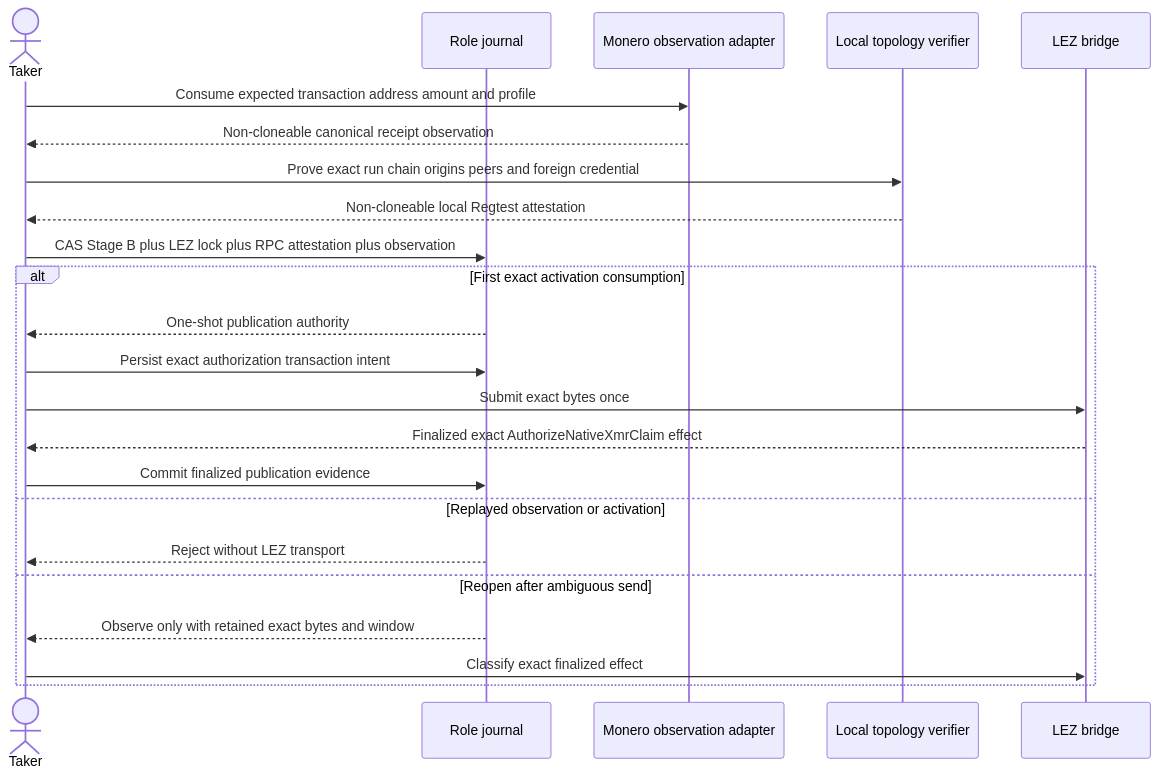
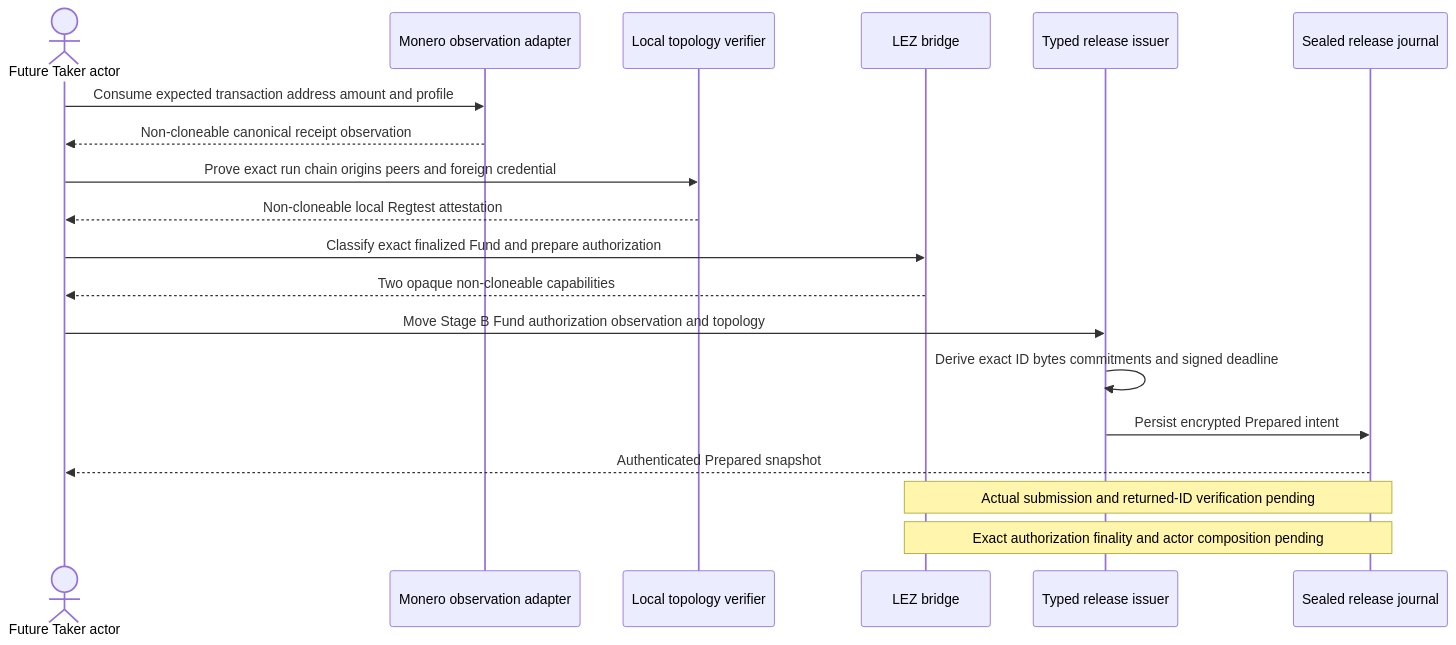
One commit to gateway-fm/lez-atomic-swaps changed the second of 2 diagrams in docs/architecture/0059-separate-monero-observation-from-release-authority.md. Above: the diagram before and after it, drawn with Mermaid. The commit also changed other lines of this file and 21 other files, not shown here.

Commit message:
feat(m4): bind XMR release to opaque evidence

````diff
--- a/docs/architecture/0059-separate-monero-observation-from-release-authority.md
+++ b/docs/architecture/0059-separate-monero-observation-from-release-authority.md
@@ -105,26 +108,22 @@
 ```mermaid
 sequenceDiagram
-    actor Taker
-    participant Store as Role journal
+    actor Taker as Future Taker actor
     participant Xmr as Monero observation adapter
     participant Topology as Local topology verifier
     participant Lez as LEZ bridge
+    participant Issuer as Typed release issuer
+    participant Store as Sealed release journal
 
     Taker->>Xmr: Consume expected transaction address amount and profile
     Xmr-->>Taker: Non-cloneable canonical receipt observation
     Taker->>Topology: Prove exact run chain origins peers and foreign credential
     Topology-->>Taker: Non-cloneable local Regtest attestation
-    Taker->>Store: CAS Stage B plus LEZ lock plus RPC attestation plus observation
-    alt First exact activation consumption
-        Store-->>Taker: One-shot publication authority
-        Taker->>Store: Persist exact authorization transaction intent
-        Taker->>Lez: Submit exact bytes once
-        Lez-->>Taker: Finalized exact AuthorizeNativeXmrClaim effect
-        Taker->>Store: Commit finalized publication evidence
-    else Replayed observation or activation
-        Store-->>Taker: Reject without LEZ transport
-    else Reopen after ambiguous send
-        Store-->>Taker: Observe only with retained exact bytes and window
-        Taker->>Lez: Classify exact finalized effect
-    end
+    Taker->>Lez: Classify exact finalized Fund and prepare authorization
+    Lez-->>Taker: Two opaque non-cloneable capabilities
+    Taker->>Issuer: Move Stage B Fund authorization observation and topology
+    Issuer->>Issuer: Derive exact ID bytes commitments and signed deadline
+    Issuer->>Store: Persist encrypted Prepared intent
+    Store-->>Taker: Authenticated Prepared snapshot
+    Note over Store,Lez: Actual submission and returned-ID verification pending
+    Note over Store,Lez: Exact authorization finality and actor composition pending
 ```
````
